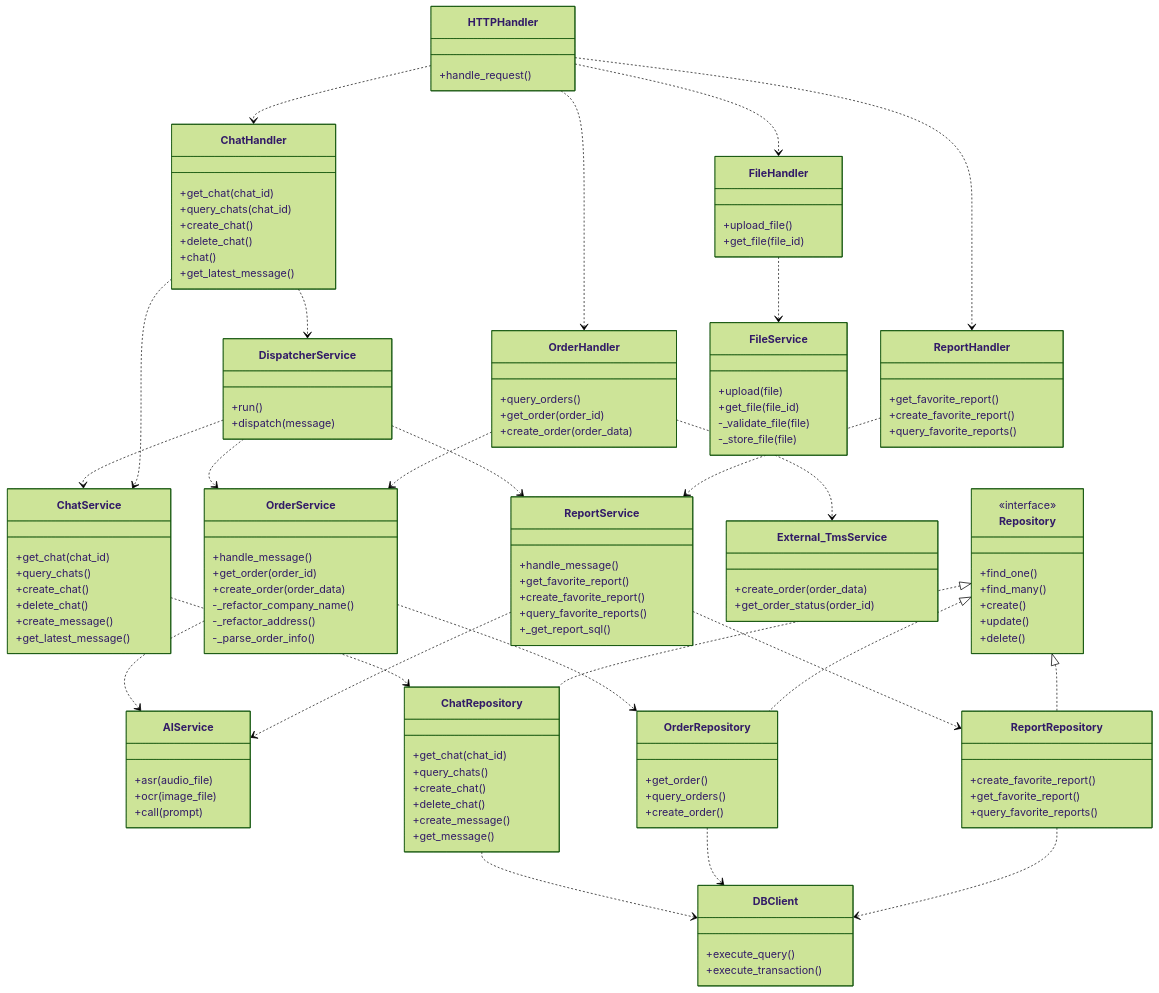
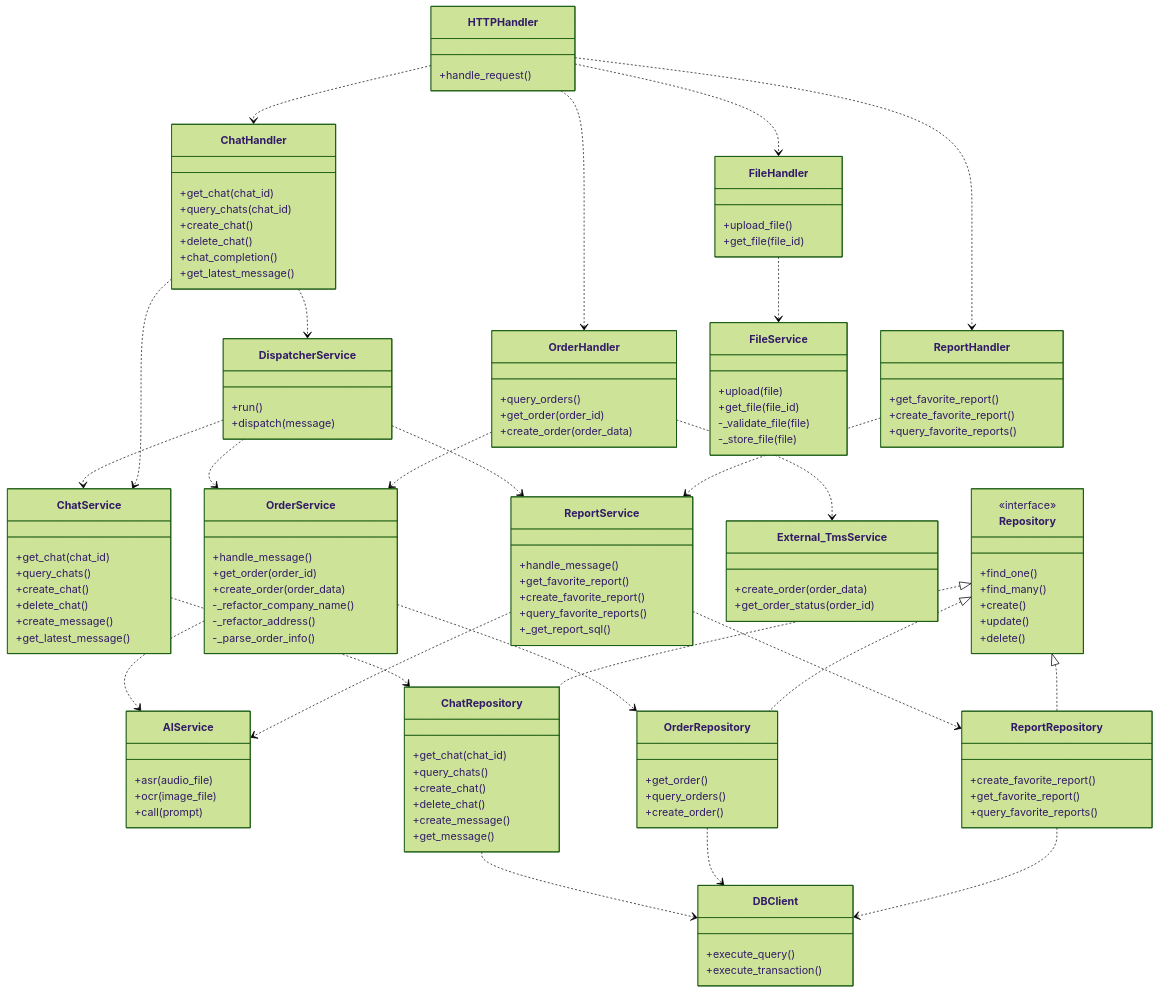
Before and after one commit to hanhzf/aiops: the diagram in ai-coding/output/应用软件分层架构E-R图.md, drawn with Mermaid (forest theme). The commit also changed 6 other files, not shown here.

Commit message:
update er

```diff
--- a/ai-coding/output/应用软件分层架构E-R图.md
+++ b/ai-coding/output/应用软件分层架构E-R图.md
@@ -13,7 +13,7 @@
         +query_chats(chat_id)
         +create_chat()
         +delete_chat()
-        +chat()
+        +chat_completion()
         +get_latest_message()
     }
     
```
